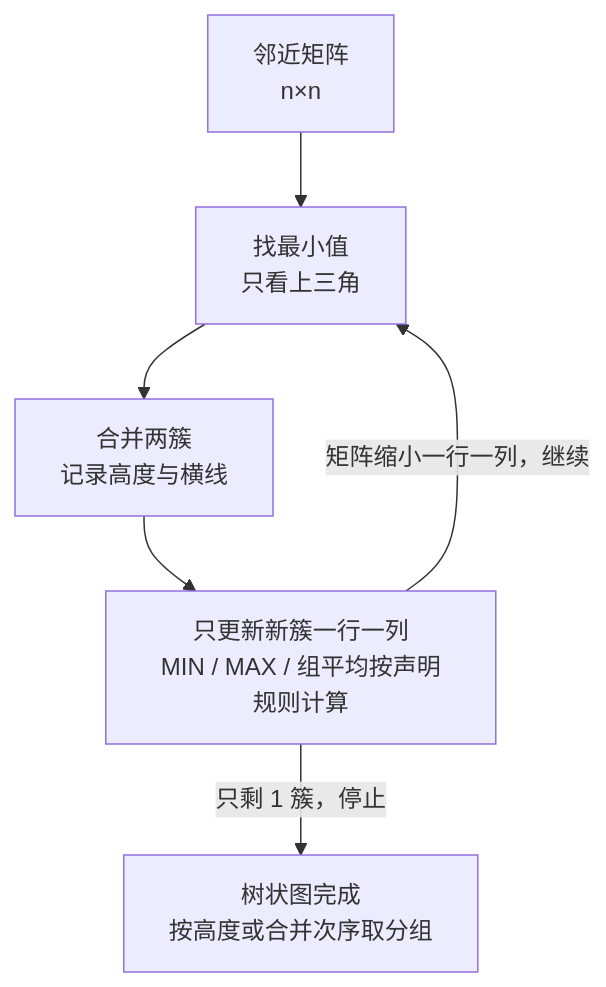
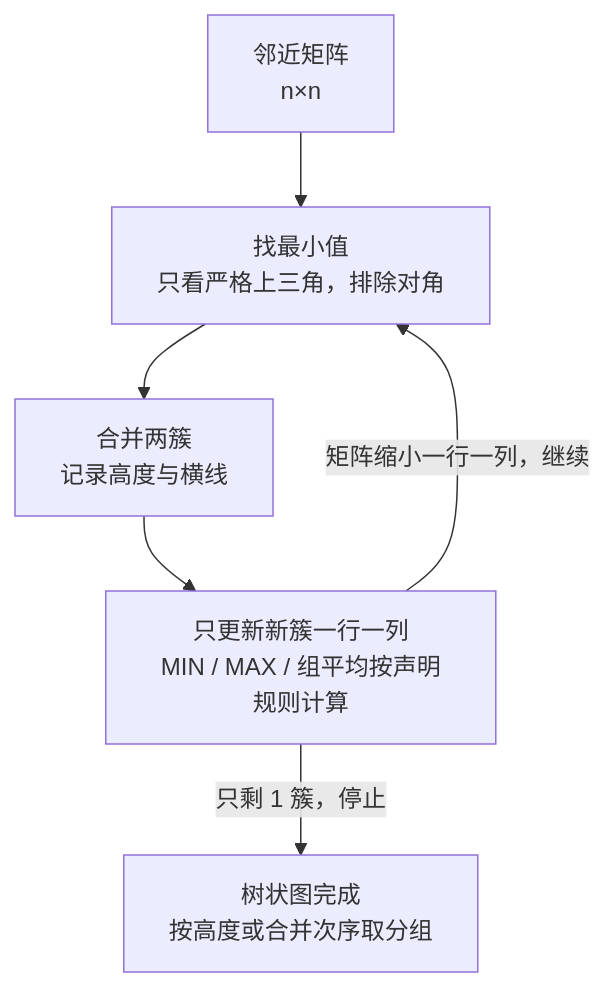
One commit to CercaTrovato/cityu-ai-course-notes changed the tenth of 11 diagrams in IS6400_Business_Data_Analytics/notes/M05-聚类-Kmeans层次与DBSCAN.md. Above: the diagram before and after it, drawn with Mermaid. The commit also changed other lines of this file and 58 other files, not shown here.

````diff
--- a/IS6400_Business_Data_Analytics/notes/M05-聚类-Kmeans层次与DBSCAN.md
+++ b/IS6400_Business_Data_Analytics/notes/M05-聚类-Kmeans层次与DBSCAN.md
@@ -3028,8 +3059,8 @@
 ```mermaid
 flowchart TD
-    M[邻近矩阵<br/>n×n] --> F[找最小值<br/>只看上三角]
+    M[邻近矩阵<br/>n×n] --> F[找最小值<br/>只看严格上三角，排除对角]
     F --> G[合并两簇<br/>记录高度与横线]
     G --> U[只更新新簇一行一列<br/>MIN / MAX / 组平均按声明规则计算]
     U -->|矩阵缩小一行一列，继续| F
     U -->|只剩 1 簇，停止| T[树状图完成<br/>按高度或合并次序取分组]
 ```
````
